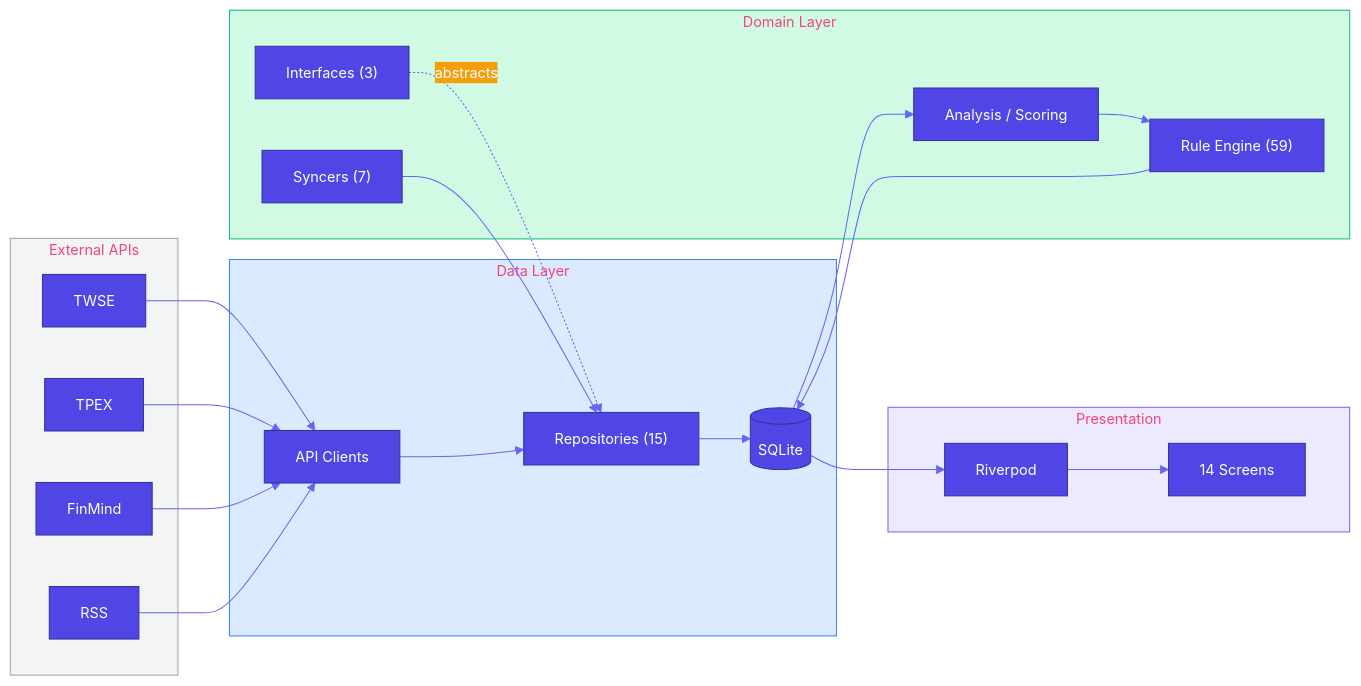
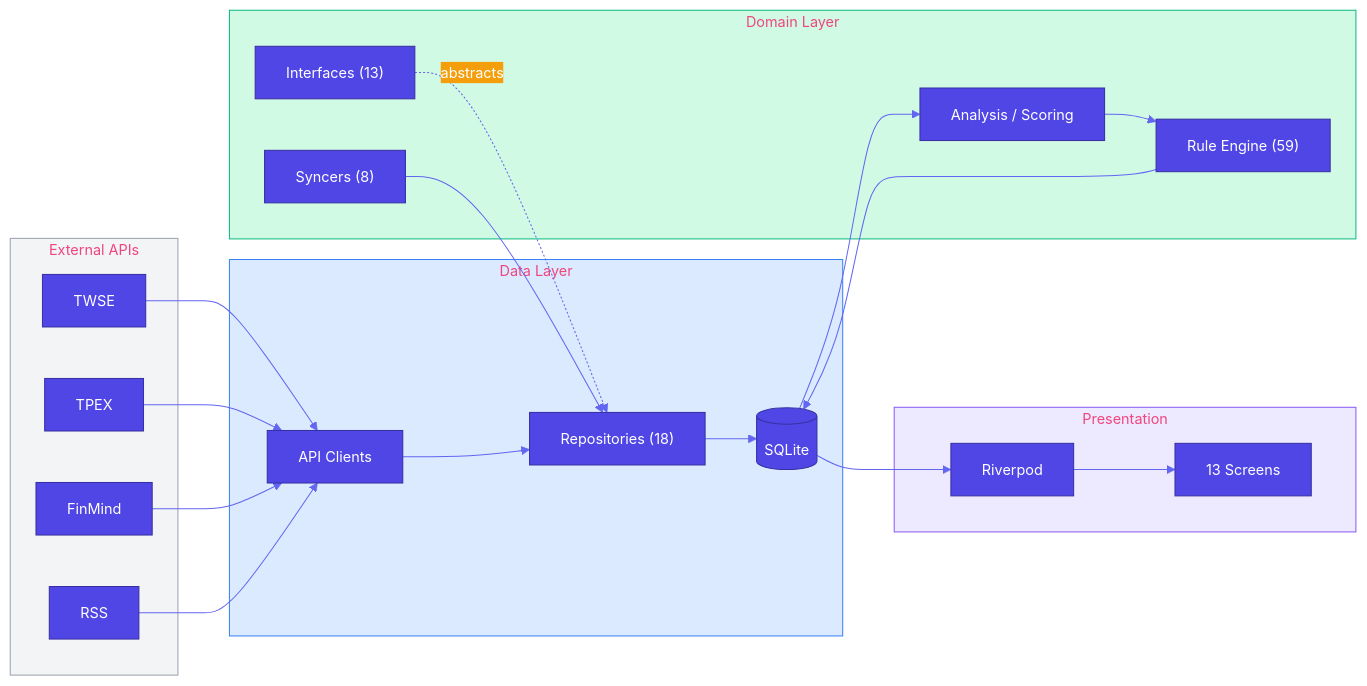
One commit to Neal75418/afterclose changed the first of 2 diagrams in README.md. Above: the diagram before and after it, drawn with Mermaid. The commit also changed other lines of this file and 3 other files, not shown here.

````diff
--- a/README.md
+++ b/README.md
@@ -72,41 +72,41 @@
 ```mermaid
 %%{init: {'theme': 'base', 'themeVariables': {'primaryColor': '#4F46E5', 'primaryTextColor': '#fff', 'primaryBorderColor': '#3730A3', 'secondaryColor': '#F59E0B', 'tertiaryColor': '#10B981', 'lineColor': '#6366F1', 'fontSize': '14px'}}}%%
 flowchart LR
     subgraph External["External APIs"]
         TWSE["TWSE"]
         TPEX["TPEX"]
         FM["FinMind"]
         RSS["RSS"]
     end
 
     subgraph Data["Data Layer"]
         Remote["API Clients"]
-        Repo["Repositories (15)"]
+        Repo["Repositories (18)"]
         DB[("SQLite")]
     end
 
     subgraph Domain["Domain Layer"]
-        IF["Interfaces (3)"]
+        IF["Interfaces (13)"]
         Services["Analysis / Scoring"]
         Rules["Rule Engine (59)"]
-        Update["Syncers (7)"]
+        Update["Syncers (8)"]
     end
 
     subgraph Presentation["Presentation"]
         Provider["Riverpod"]
-        UI["14 Screens"]
+        UI["13 Screens"]
     end
 
     TWSE & TPEX & FM & RSS --> Remote
     Remote --> Repo --> DB
     IF -.->|abstracts| Repo
     DB --> Services --> Rules
     Rules --> DB
     Update --> Repo
     DB --> Provider --> UI
 
     style External fill:#F3F4F6,stroke:#9CA3AF
     style Data fill:#DBEAFE,stroke:#3B82F6
     style Domain fill:#D1FAE5,stroke:#10B981
     style Presentation fill:#EDE9FE,stroke:#8B5CF6
 ```
````
